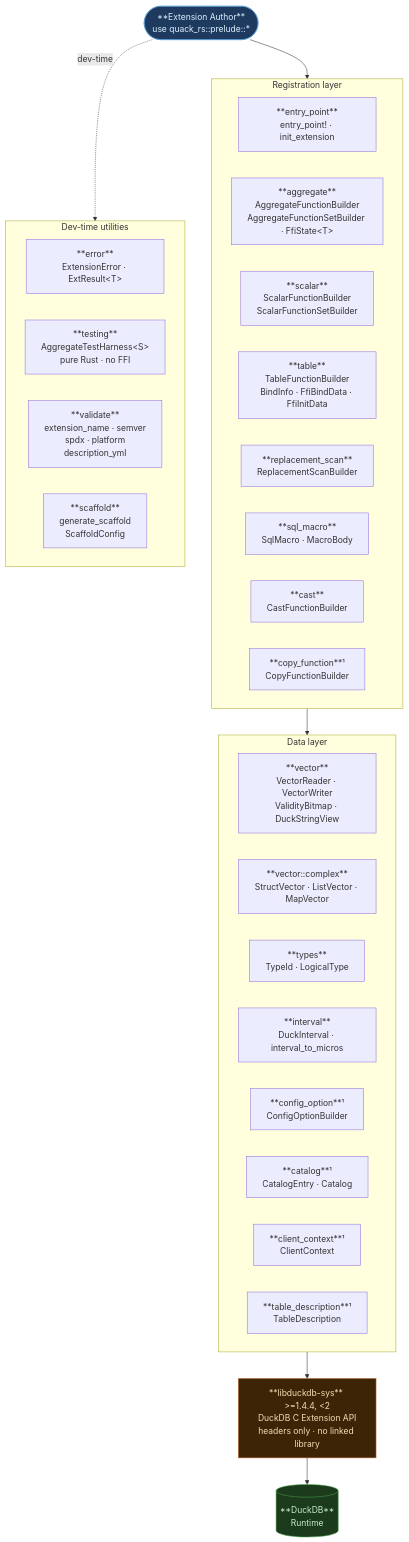
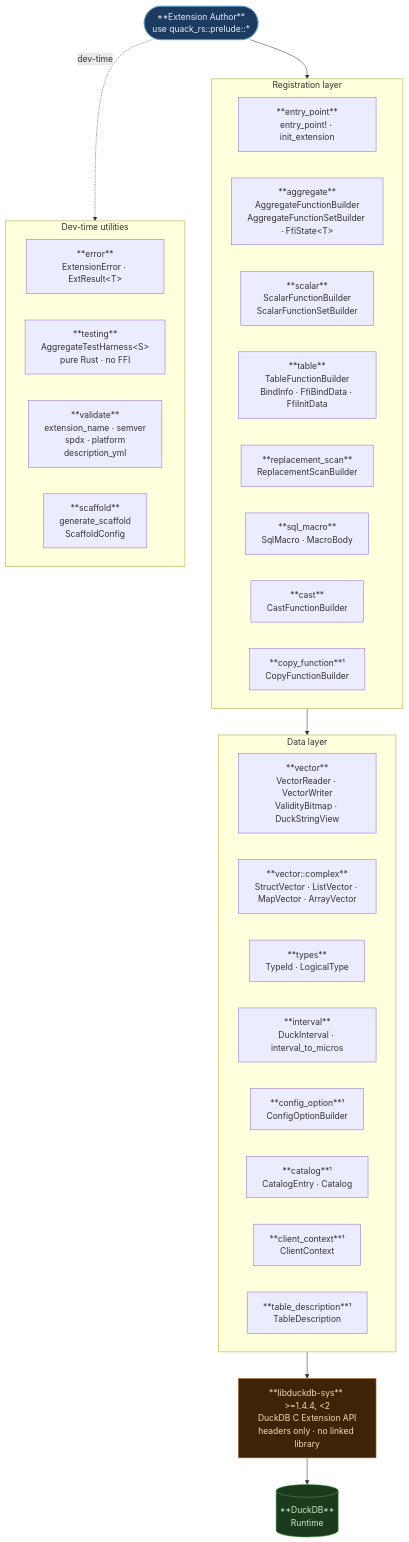
Before and after one commit to killzoner/quack-rs: the diagram in README.md, drawn with Mermaid. The commit also changed other lines of this file and 6 other files, not shown here.

````diff
--- a/README.md
+++ b/README.md
@@ -565,50 +565,50 @@
 ```mermaid
 flowchart TB
     Author(["**Extension Author**<br/>use quack_rs::prelude::*"]):::author
 
     subgraph REG ["Registration layer"]
         direction LR
         EP["**entry_point**<br/>entry_point! · init_extension"]
         AGG["**aggregate**<br/>AggregateFunctionBuilder<br/>AggregateFunctionSetBuilder · FfiState&lt;T&gt;"]
         SCL["**scalar**<br/>ScalarFunctionBuilder<br/>ScalarFunctionSetBuilder"]
         TBL["**table**<br/>TableFunctionBuilder<br/>BindInfo · FfiBindData · FfiInitData"]
         RSC["**replacement_scan**<br/>ReplacementScanBuilder"]
         SM["**sql_macro**<br/>SqlMacro · MacroBody"]
         CST["**cast**<br/>CastFunctionBuilder"]
         CPY["**copy_function**¹<br/>CopyFunctionBuilder"]
     end
 
     subgraph DATA ["Data layer"]
         direction LR
         VEC["**vector**<br/>VectorReader · VectorWriter<br/>ValidityBitmap · DuckStringView"]
-        CMP["**vector::complex**<br/>StructVector · ListVector · MapVector"]
+        CMP["**vector::complex**<br/>StructVector · ListVector · MapVector · ArrayVector"]
         TYP["**types**<br/>TypeId · LogicalType"]
         INT["**interval**<br/>DuckInterval · interval_to_micros"]
         CFG["**config_option**¹<br/>ConfigOptionBuilder"]
         CAT["**catalog**¹<br/>CatalogEntry · Catalog"]
         CTX["**client_context**¹<br/>ClientContext"]
         TDS["**table_description**¹<br/>TableDescription"]
     end
 
     SYS["**libduckdb-sys** >=1.4.4, &lt;2<br/>DuckDB C Extension API<br/>headers only · no linked library"]:::ffi
 
     RT[("**DuckDB**<br/>Runtime")]:::duckdb
 
     subgraph DEV ["Dev-time utilities"]
         direction LR
         ERR["**error**<br/>ExtensionError · ExtResult&lt;T&gt;"]
         TST["**testing**<br/>AggregateTestHarness&lt;S&gt;<br/>pure Rust · no FFI"]
         VAL["**validate**<br/>extension_name · semver<br/>spdx · platform<br/>description_yml"]
         SCF["**scaffold**<br/>generate_scaffold<br/>ScaffoldConfig"]
     end
 
     Author --> REG
     REG    --> DATA
     DATA   --> SYS
     SYS    --> RT
     Author -.->|"dev-time"| DEV
 
     classDef author fill:#1e3a5f,stroke:#5a9fd4,color:#ddf0ff
     classDef ffi fill:#3d2406,stroke:#c87941,color:#f5dbb4
     classDef duckdb fill:#1c3b1c,stroke:#4a9e4a,color:#c8ecc8
 ```
````
